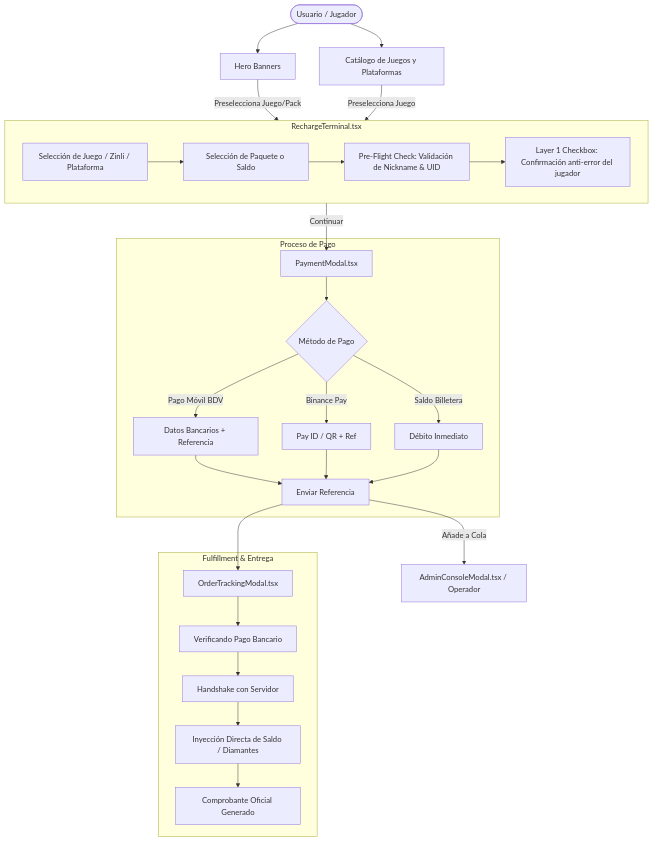
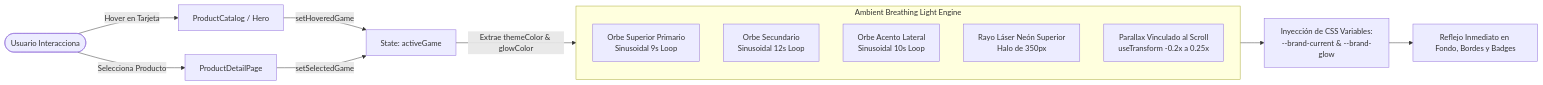
The first of 2 diagrams in PROJECT_INDEX.md (kaddexomg/nexus), drawn with Mermaid before and after one commit. The commit also changed other lines of this file and 3 other files, not shown here.

Commit message:
docs: index and document 2026 brand architecture, ambient lighting engine, and assets

````diff
--- a/PROJECT_INDEX.md
+++ b/PROJECT_INDEX.md
@@ -91,38 +179,21 @@
 ```mermaid
-flowchart TD
-    User([Usuario / Jugador]) --> Hero[Hero Banners]
-    User --> Catalog[Catálogo de Juegos y Plataformas]
-    Hero -->|Preselecciona Juego/Pack| Terminal[Terminal de Recargas]
-    Catalog -->|Preselecciona Juego| Terminal
+flowchart LR
+    User([Usuario Interacciona]) -->|Hover en Tarjeta| Catalog[ProductCatalog / Hero]
+    User -->|Selecciona Producto| Detail[ProductDetailPage]
     
-    subgraph Terminal [RechargeTerminal.tsx]
-        Step1[Selección de Juego / Zinli / Plataforma]
-        Step2[Selección de Paquete o Saldo]
-        Step3[Pre-Flight Check: Validación de Nickname & UID]
-        Step4[Layer 1 Checkbox: Confirmación anti-error del jugador]
-        Step1 --> Step2 --> Step3 --> Step4
+    Catalog -->|setHoveredGame| State[State: activeGame]
+    Detail -->|setSelectedGame| State
+    
+    State -->|Extrae themeColor & glowColor| Engine[Engine de Iluminación GPU]
+    
+    subgraph Engine [Ambient Breathing Light Engine]
+        Orb1[Orbe Superior Primario\nSinusoidal 9s Loop]
+        Orb2[Orbe Secundario\nSinusoidal 12s Loop]
+        Orb3[Orbe Acento Lateral\nSinusoidal 10s Loop]
+        Laser[Rayo Láser Neón Superior\nHalo de 350px]
+        Parallax[Parallax Vinculado al Scroll\nuseTransform -0.2x a 0.25x]
     end
-
-    Terminal -->|Continuar| PayModal[PaymentModal.tsx]
     
-    subgraph Liquidacion [Proceso de Pago]
-        PayModal --> PaySelect{Método de Pago}
-        PaySelect -->|Pago Móvil BDV| PMData[Datos Bancarios + Referencia]
-        PaySelect -->|Binance Pay| BinData[Pay ID / QR + Ref]
-        PaySelect -->|Saldo Billetera| WallData[Débito Inmediato]
-        PMData --> Submit[Enviar Referencia]
-        BinData --> Submit
-        WallData --> Submit
-    end
-
-    Submit --> TrackModal[OrderTrackingModal.tsx]
-    
-    subgraph Despacho [Fulfillment & Entrega]
-        TrackModal --> Stage1[Verificando Pago Bancario]
-        Stage1 --> Stage2[Handshake con Servidor]
-        Stage2 --> Stage3[Inyección Directa de Saldo / Diamantes]
-        Stage3 --> Stage4[Comprobante Oficial Generado]
-    end
-
-    Submit -->|Añade a Cola| AdminConsole[AdminConsoleModal.tsx / Operador]
+    Engine --> InjectVars[Inyección de CSS Variables:\n--brand-current & --brand-glow]
+    InjectVars --> DOM[Reflejo Inmediato en Fondo, Bordes y Badges]
 ```
````
